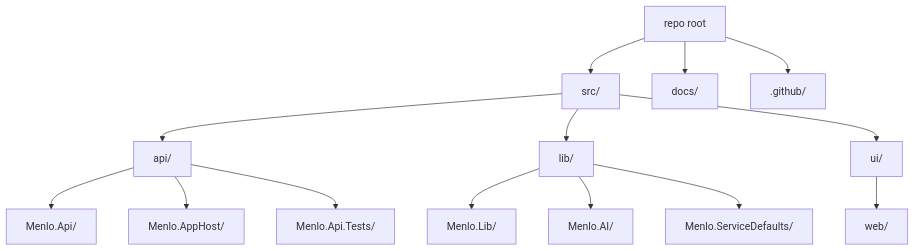
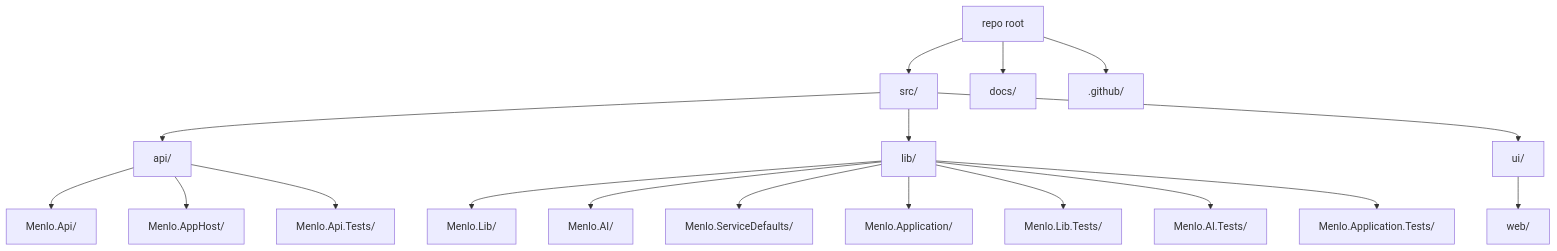
The diagram in docs/requirements/repo-structure/diagrams/repo-structure.md (DigiBanks99/menlo), drawn with Mermaid before and after one commit. The commit also changed other lines of this file and 4 other files, not shown here.

First line of the commit message:
docs(persistence): update repo structure, architecture, and C4 diagrams for Menlo.Application

````diff
--- a/docs/requirements/repo-structure/diagrams/repo-structure.md
+++ b/docs/requirements/repo-structure/diagrams/repo-structure.md
@@ -3,16 +3,20 @@
 ```mermaid
 flowchart TD
   A[repo root] --> B[src/]
   A --> C[docs/]
   A --> D[.github/]
   B --> B1[api/]
   B --> B2[lib/]
   B --> B3[ui/]
   B1 --> B11[Menlo.Api/]
   B1 --> B12[Menlo.AppHost/]
   B1 --> B13[Menlo.Api.Tests/]
   B2 --> B21[Menlo.Lib/]
   B2 --> B22[Menlo.AI/]
   B2 --> B23[Menlo.ServiceDefaults/]
+  B2 --> B24[Menlo.Application/]
+  B2 --> B25[Menlo.Lib.Tests/]
+  B2 --> B26[Menlo.AI.Tests/]
+  B2 --> B27[Menlo.Application.Tests/]
   B3 --> B31[web/]
 ```
````
